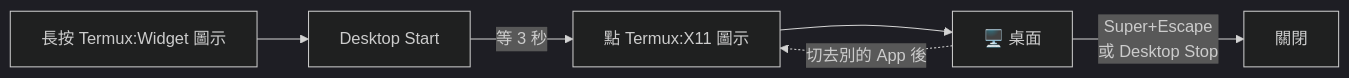
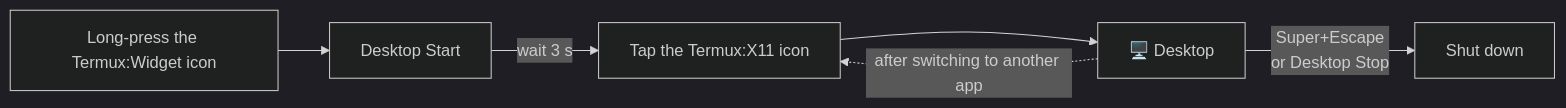
One commit to ian902792/omarchy-pad changed the fourth of 7 diagrams in README.md. Above: the diagram before and after it, drawn with Mermaid (dark theme). The commit also changed other lines of this file and 1 other file, not shown here.

````diff
--- a/README.md
+++ b/README.md
@@ -106,8 +106,8 @@
 ```mermaid
 flowchart LR
-    W["長按 Termux:Widget 圖示"] --> St["Desktop Start"]
-    St -->|"等 3 秒"| X["點 Termux:X11 圖示"]
-    X --> D["🖥️ 桌面"]
-    D -->|"Super+Escape<br>或 Desktop Stop"| Off["關閉"]
-    D -.->|"切去別的 App 後"| X
+    W["Long-press the Termux:Widget icon"] --> St["Desktop Start"]
+    St -->|"wait 3 s"| X["Tap the Termux:X11 icon"]
+    X --> D["🖥️ Desktop"]
+    D -->|"Super+Escape<br>or Desktop Stop"| Off["Shut down"]
+    D -.->|"after switching to another app"| X
 ```
````
